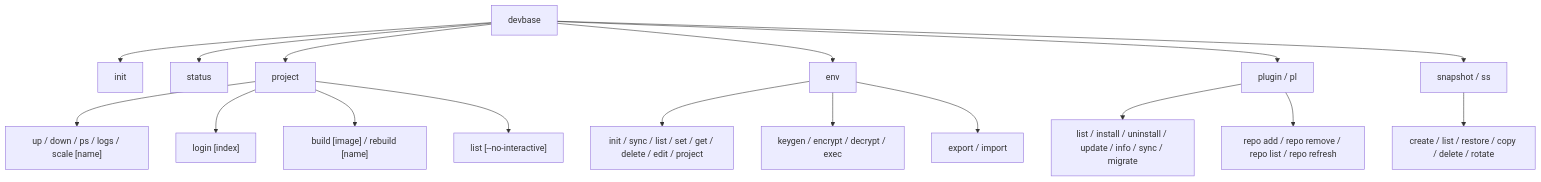
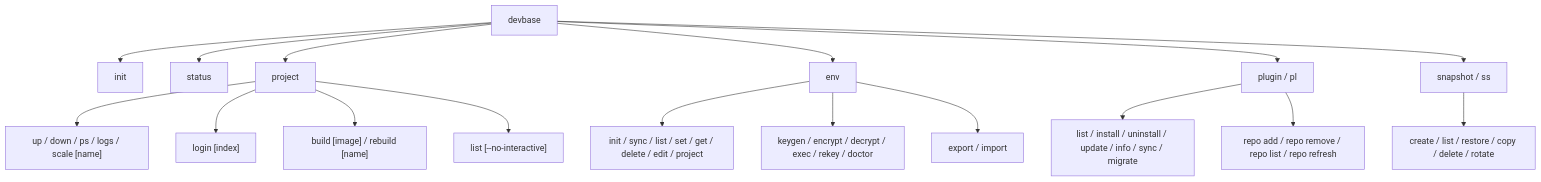
Before and after one commit to devbasex/devbase: the diagram in docs/user/cli-reference/README.md, drawn with Mermaid. The commit also changed other lines of this file and 17 other files, not shown here.

````diff
--- a/docs/user/cli-reference/README.md
+++ b/docs/user/cli-reference/README.md
@@ -17,19 +17,19 @@
 ```mermaid
 graph TD
     A[devbase] --> B[init]
     A --> C[status]
     A --> D[project]
     A --> E[env]
     A --> F[plugin / pl]
     A --> G[snapshot / ss]
     D --> D1["up / down / ps / logs / scale [name]"]
     D --> D3["login [index]"]
     D --> D4["build [image] / rebuild [name]"]
     D --> D2["list [--no-interactive]"]
     E --> E1[init / sync / list / set / get / delete / edit / project]
-    E --> E2[keygen / encrypt / decrypt / exec]
+    E --> E2[keygen / encrypt / decrypt / exec / rekey / doctor]
     E --> E3[export / import]
     F --> F1[list / install / uninstall / update / info / sync / migrate]
     F --> F2[repo add / repo remove / repo list / repo refresh]
     G --> G1[create / list / restore / copy / delete / rotate]
 ```
````
